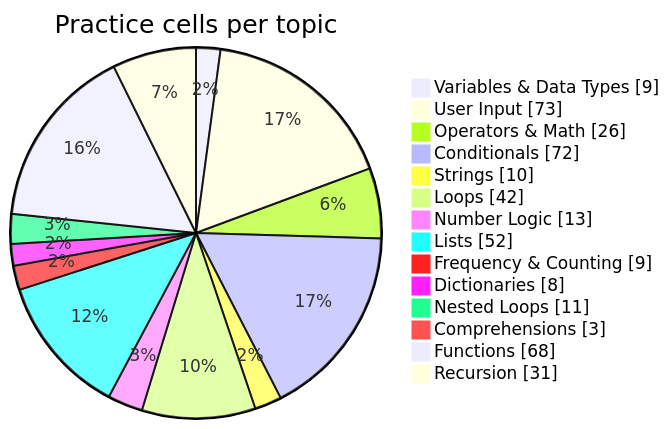
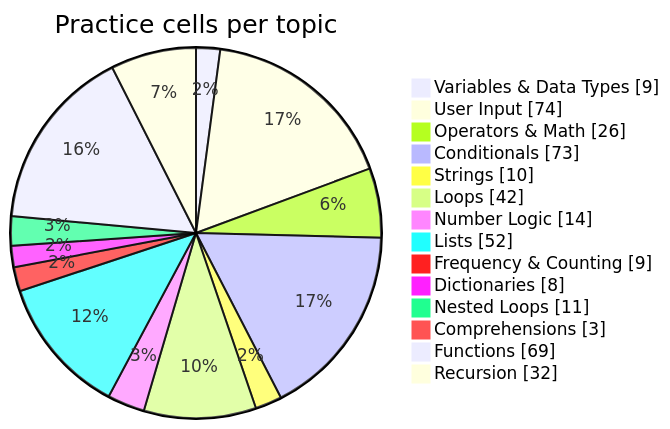
One commit to Phantom2101/Python-Daily-Practice changed the diagram in README.md. Above: the diagram before and after it, drawn with Mermaid. The commit also changed other lines of this file and 1 other file, not shown here.

````diff
--- a/README.md
+++ b/README.md
@@ -126,17 +126,17 @@
 ```mermaid
 pie showData title Practice cells per topic
     "Variables & Data Types" : 9
-    "User Input" : 73
+    "User Input" : 74
     "Operators & Math" : 26
-    "Conditionals" : 72
+    "Conditionals" : 73
     "Strings" : 10
     "Loops" : 42
-    "Number Logic" : 13
+    "Number Logic" : 14
     "Lists" : 52
     "Frequency & Counting" : 9
     "Dictionaries" : 8
     "Nested Loops" : 11
     "Comprehensions" : 3
-    "Functions" : 68
-    "Recursion" : 31
+    "Functions" : 69
+    "Recursion" : 32
 ```
````
